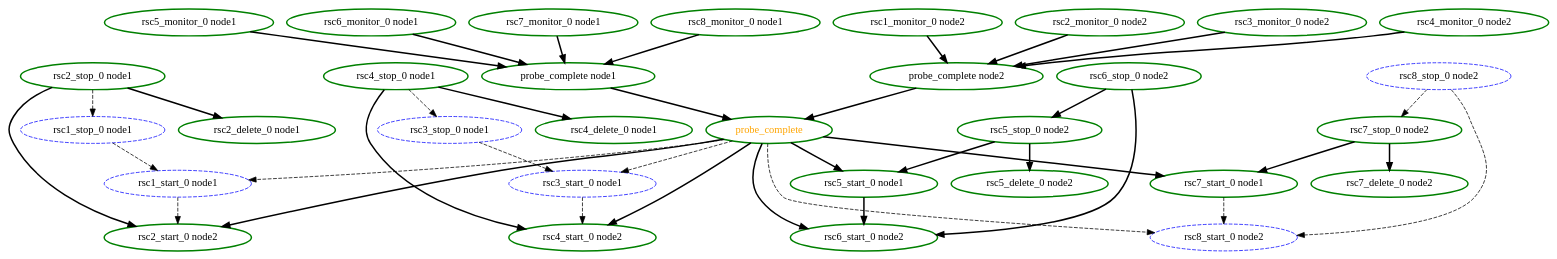
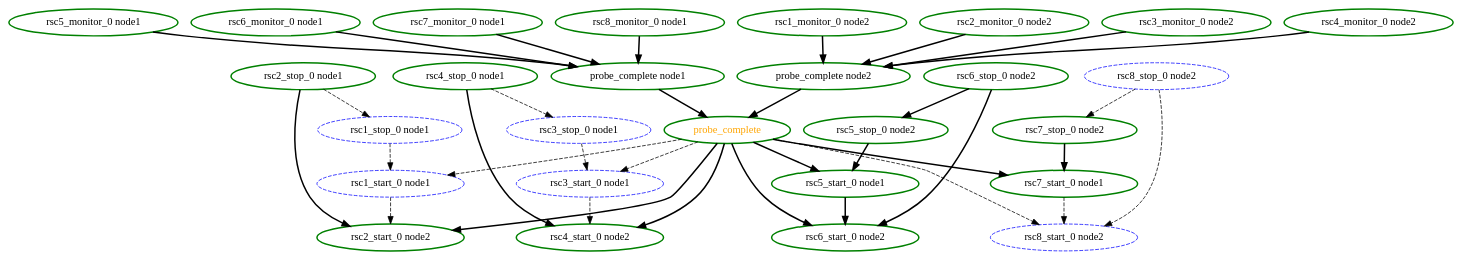
One commit to richiewen8/heartbeat changed the diagram in crm/pengine/testcases/order6.dot. Above: the diagram before and after it, drawn with Graphviz. The commit also changed 105 other files, not shown here.

```diff
--- a/crm/pengine/testcases/order6.dot
+++ b/crm/pengine/testcases/order6.dot
@@ -1,72 +1,64 @@
 digraph "g" {
 	size = "30,30"
 "probe_complete" [ style=bold color="green" fontcolor="orange" ]
 "probe_complete node1" [ style=bold color="green" fontcolor="black" ]
 "rsc5_monitor_0 node1" [ style=bold color="green" fontcolor="black" ]
 "rsc6_monitor_0 node1" [ style=bold color="green" fontcolor="black" ]
 "rsc7_monitor_0 node1" [ style=bold color="green" fontcolor="black" ]
 "rsc8_monitor_0 node1" [ style=bold color="green" fontcolor="black" ]
 "probe_complete node2" [ style=bold color="green" fontcolor="black" ]
 "rsc1_monitor_0 node2" [ style=bold color="green" fontcolor="black" ]
 "rsc2_monitor_0 node2" [ style=bold color="green" fontcolor="black" ]
 "rsc3_monitor_0 node2" [ style=bold color="green" fontcolor="black" ]
 "rsc4_monitor_0 node2" [ style=bold color="green" fontcolor="black" ]
 "rsc1_stop_0 node1" [ style="dashed" color="blue" fontcolor="black" ]
 "rsc1_start_0 node1" [ style="dashed" color="blue" fontcolor="black" ]
 "rsc2_stop_0 node1" [ style=bold color="green" fontcolor="black" ]
 "rsc2_start_0 node2" [ style=bold color="green" fontcolor="black" ]
-"rsc2_delete_0 node1" [ style=bold color="green" fontcolor="black" ]
 "rsc3_stop_0 node1" [ style="dashed" color="blue" fontcolor="black" ]
 "rsc3_start_0 node1" [ style="dashed" color="blue" fontcolor="black" ]
 "rsc4_stop_0 node1" [ style=bold color="green" fontcolor="black" ]
 "rsc4_start_0 node2" [ style=bold color="green" fontcolor="black" ]
-"rsc4_delete_0 node1" [ style=bold color="green" fontcolor="black" ]
 "rsc5_stop_0 node2" [ style=bold color="green" fontcolor="black" ]
 "rsc5_start_0 node1" [ style=bold color="green" fontcolor="black" ]
-"rsc5_delete_0 node2" [ style=bold color="green" fontcolor="black" ]
 "rsc6_stop_0 node2" [ style=bold color="green" fontcolor="black" ]
 "rsc6_start_0 node2" [ style=bold color="green" fontcolor="black" ]
 "rsc7_stop_0 node2" [ style=bold color="green" fontcolor="black" ]
 "rsc7_start_0 node1" [ style=bold color="green" fontcolor="black" ]
-"rsc7_delete_0 node2" [ style=bold color="green" fontcolor="black" ]
 "rsc8_stop_0 node2" [ style="dashed" color="blue" fontcolor="black" ]
 "rsc8_start_0 node2" [ style="dashed" color="blue" fontcolor="black" ]
 "probe_complete node1" -> "probe_complete" [ style = bold]
 "probe_complete node2" -> "probe_complete" [ style = bold]
 "rsc5_monitor_0 node1" -> "probe_complete node1" [ style = bold]
 "rsc6_monitor_0 node1" -> "probe_complete node1" [ style = bold]
 "rsc7_monitor_0 node1" -> "probe_complete node1" [ style = bold]
 "rsc8_monitor_0 node1" -> "probe_complete node1" [ style = bold]
 "rsc1_monitor_0 node2" -> "probe_complete node2" [ style = bold]
 "rsc2_monitor_0 node2" -> "probe_complete node2" [ style = bold]
 "rsc3_monitor_0 node2" -> "probe_complete node2" [ style = bold]
 "rsc4_monitor_0 node2" -> "probe_complete node2" [ style = bold]
 "rsc2_stop_0 node1" -> "rsc1_stop_0 node1" [ style = dashed]
 "probe_complete" -> "rsc1_start_0 node1" [ style = dashed]
 "rsc1_stop_0 node1" -> "rsc1_start_0 node1" [ style = dashed]
 "probe_complete" -> "rsc2_start_0 node2" [ style = bold]
 "rsc1_start_0 node1" -> "rsc2_start_0 node2" [ style = dashed]
 "rsc2_stop_0 node1" -> "rsc2_start_0 node2" [ style = bold]
-"rsc2_stop_0 node1" -> "rsc2_delete_0 node1" [ style = bold]
 "rsc4_stop_0 node1" -> "rsc3_stop_0 node1" [ style = dashed]
 "probe_complete" -> "rsc3_start_0 node1" [ style = dashed]
 "rsc3_stop_0 node1" -> "rsc3_start_0 node1" [ style = dashed]
 "probe_complete" -> "rsc4_start_0 node2" [ style = bold]
 "rsc3_start_0 node1" -> "rsc4_start_0 node2" [ style = dashed]
 "rsc4_stop_0 node1" -> "rsc4_start_0 node2" [ style = bold]
-"rsc4_stop_0 node1" -> "rsc4_delete_0 node1" [ style = bold]
 "rsc6_stop_0 node2" -> "rsc5_stop_0 node2" [ style = bold]
 "probe_complete" -> "rsc5_start_0 node1" [ style = bold]
 "rsc5_stop_0 node2" -> "rsc5_start_0 node1" [ style = bold]
-"rsc5_stop_0 node2" -> "rsc5_delete_0 node2" [ style = bold]
 "probe_complete" -> "rsc6_start_0 node2" [ style = bold]
 "rsc5_start_0 node1" -> "rsc6_start_0 node2" [ style = bold]
 "rsc6_stop_0 node2" -> "rsc6_start_0 node2" [ style = bold]
 "rsc8_stop_0 node2" -> "rsc7_stop_0 node2" [ style = dashed]
 "probe_complete" -> "rsc7_start_0 node1" [ style = bold]
 "rsc7_stop_0 node2" -> "rsc7_start_0 node1" [ style = bold]
-"rsc7_stop_0 node2" -> "rsc7_delete_0 node2" [ style = bold]
 "rsc7_start_0 node1" -> "rsc8_start_0 node2" [ style = dashed]
 "probe_complete" -> "rsc8_start_0 node2" [ style = dashed]
 "rsc8_stop_0 node2" -> "rsc8_start_0 node2" [ style = dashed]
 }
```
